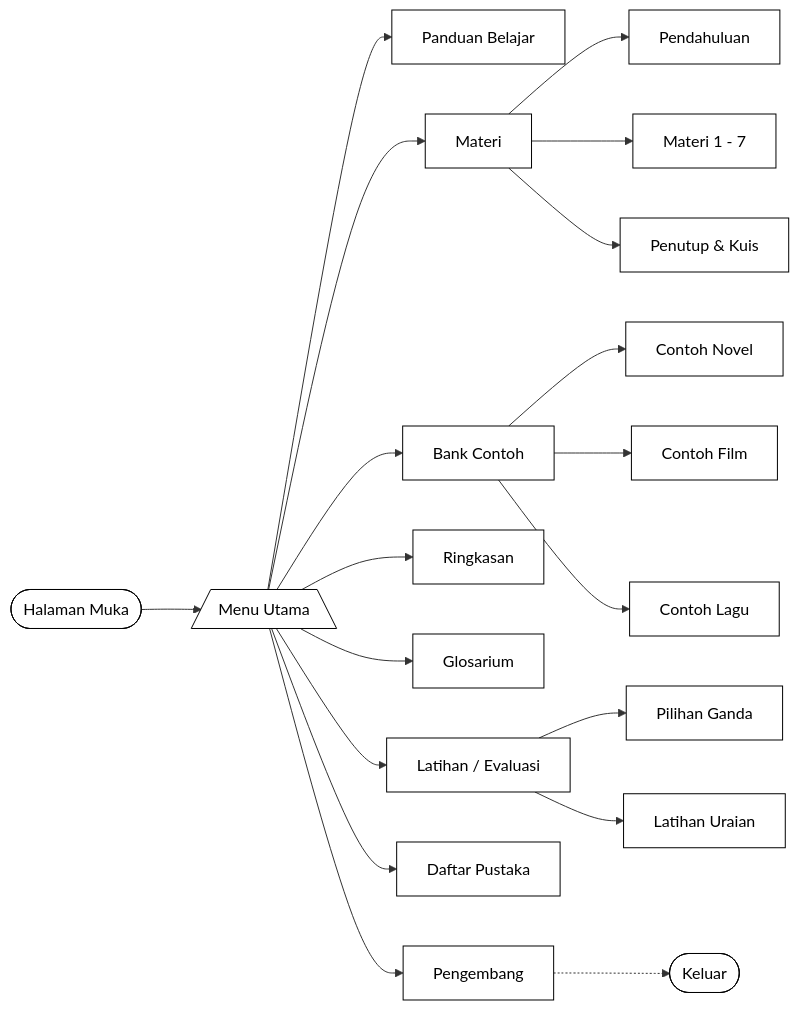
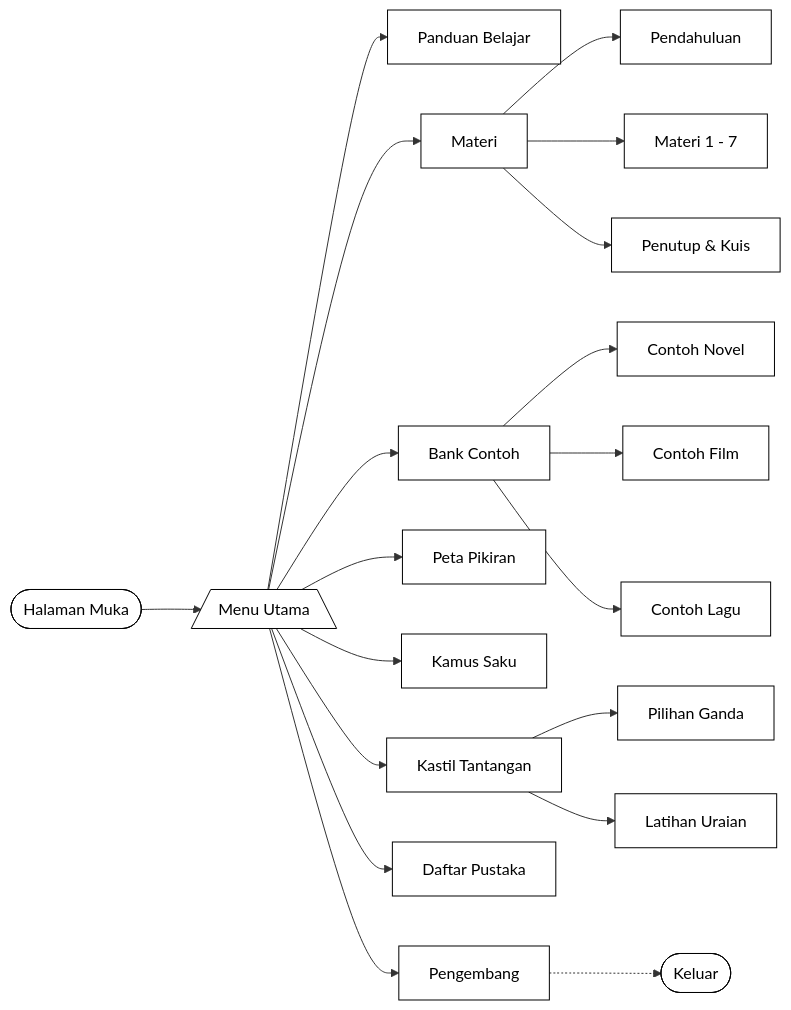
The diagram in README.md (neyra-tect/Ulasin), drawn with Mermaid before and after one commit.

````diff
--- a/README.md
+++ b/README.md
@@ -23,30 +23,30 @@
 ```mermaid
 graph LR
     classDef ellipse fill:white,stroke:black,stroke-width:1px,color:black
     classDef rect fill:white,stroke:black,stroke-width:1px,color:black
     classDef para fill:white,stroke:black,stroke-width:1px,color:black
 
     HM([Halaman Muka]):::ellipse --> MU[/Menu Utama\]:::para
     
     MU --> PB[Panduan Belajar]:::rect
     MU --> M[Materi]:::rect
     MU --> BC[Bank Contoh]:::rect
-    MU --> R[Ringkasan]:::rect
-    MU --> G[Glosarium]:::rect
-    MU --> L[Latihan / Evaluasi]:::rect
+    MU --> R[Peta Pikiran]:::rect
+    MU --> G[Kamus Saku]:::rect
+    MU --> L[Kastil Tantangan]:::rect
     MU --> DP[Daftar Pustaka]:::rect
     MU --> P[Pengembang]:::rect
     
     M --> M1[Pendahuluan]:::rect
     M --> M2[Materi 1 - 7]:::rect
     M --> M3[Penutup & Kuis]:::rect
     
     BC --> BC1[Contoh Novel]:::rect
     BC --> BC2[Contoh Film]:::rect
     BC --> BC3[Contoh Lagu]:::rect
     
     L --> L1[Pilihan Ganda]:::rect
     L --> L2[Latihan Uraian]:::rect
     
     P -.-> K([Keluar]):::ellipse
 ```
````
